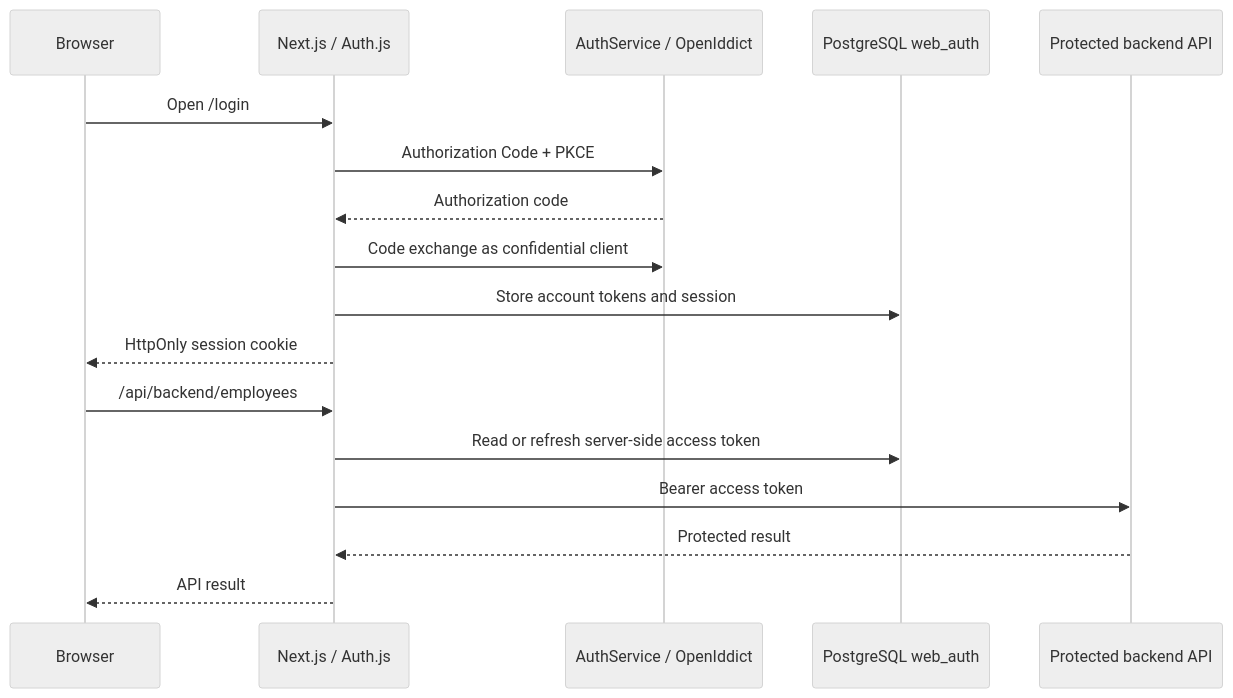
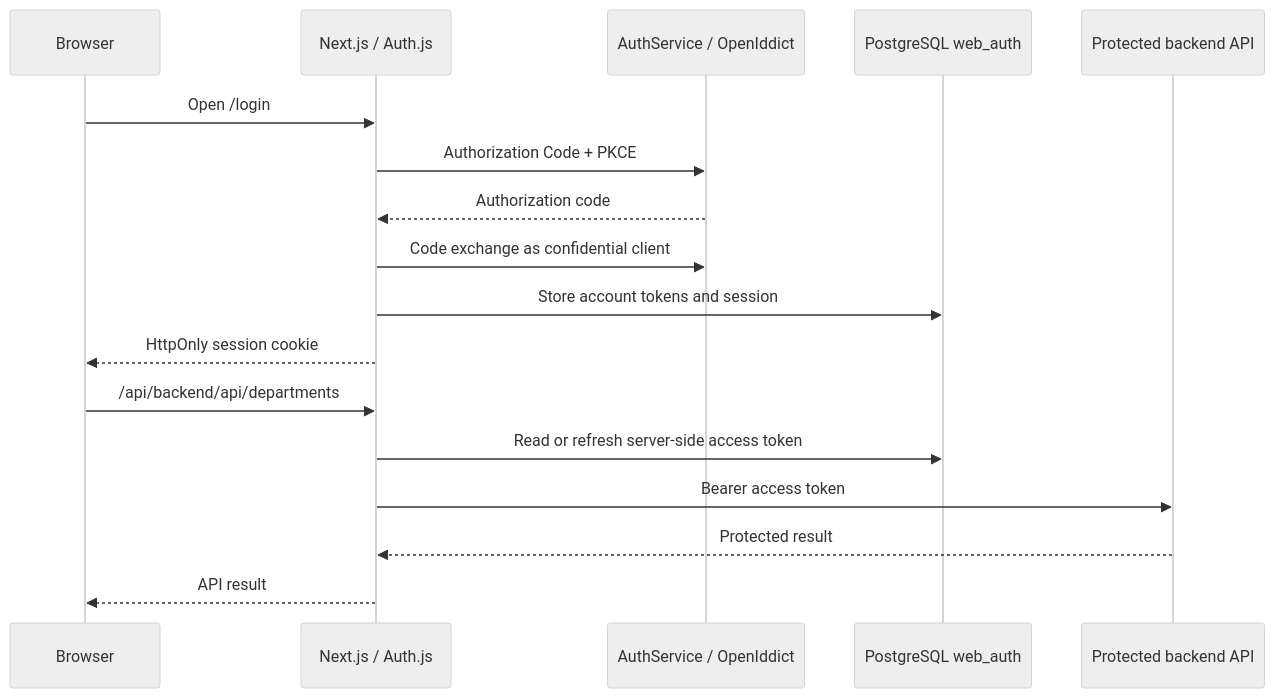
Before and after one commit to 1babii1/DS: the diagram in frontend/README.md, drawn with Mermaid (neutral theme). The commit also changed other lines of this file and 37 other files, not shown here.

````diff
--- a/frontend/README.md
+++ b/frontend/README.md
@@ -9,19 +29,19 @@
 ```mermaid
 sequenceDiagram
     participant Browser
     participant Next as Next.js / Auth.js
     participant Auth as AuthService / OpenIddict
     participant DB as PostgreSQL web_auth
     participant API as Protected backend API
     Browser->>Next: Open /login
     Next->>Auth: Authorization Code + PKCE
     Auth-->>Next: Authorization code
     Next->>Auth: Code exchange as confidential client
     Next->>DB: Store account tokens and session
     Next-->>Browser: HttpOnly session cookie
-    Browser->>Next: /api/backend/employees
+    Browser->>Next: /api/backend/api/departments
     Next->>DB: Read or refresh server-side access token
     Next->>API: Bearer access token
     API-->>Next: Protected result
     Next-->>Browser: API result
 ```
````
